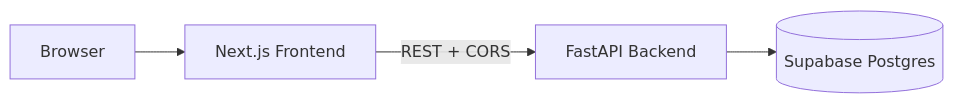
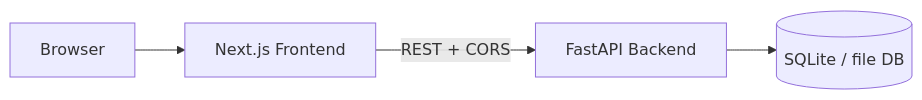
The diagram in plan.md (MoizAliPi/Greenspace-Form-Builder), drawn with Mermaid before and after one commit. The commit also changed other lines of this file and 33 other files, not shown here.

Commit message:
feat: SQLite + JWT auth API; drop Supabase; db models and auth schema

````diff
--- a/plan.md
+++ b/plan.md
@@ -25,11 +25,11 @@
 ```mermaid
 flowchart LR
   Browser[Browser]
   Web[Next.js Frontend]
   API[FastAPI Backend]
-  DB[(Supabase Postgres)]
+  DB[(SQLite / file DB)]
 
   Browser --> Web
   Web -->|REST + CORS| API
   API --> DB
 ```
````
